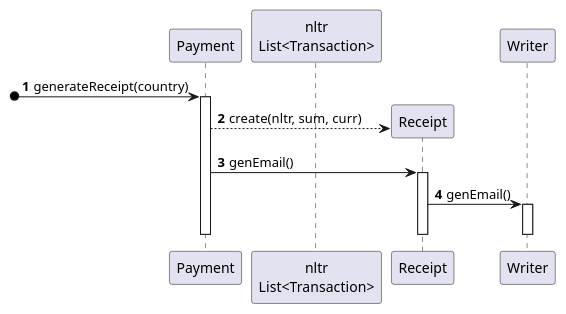
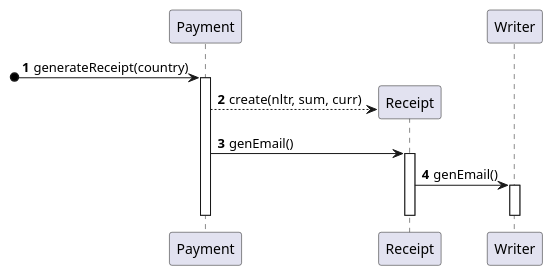
One commit to 1190452/LAPR2 changed the diagram in docs/UC7 - Do Payment Automatically/UC7_SD_GenerateReceipt.puml. Above: the diagram before and after it, drawn with PlantUML. The commit also changed 2 other files, not shown here.

```diff
--- a/docs/UC7 - Do Payment Automatically/UC7_SD_GenerateReceipt.puml
+++ b/docs/UC7 - Do Payment Automatically/UC7_SD_GenerateReceipt.puml
@@ -1,26 +1,26 @@
 @startuml
 autonumber
 
 participant "Payment" as PA
 
-participant "nltr\nList<Transaction>" as NLTR
+
 participant "Receipt" as R
 participant "Writer" as W
 
 [o-> PA : generateReceipt(country)
 activate PA
 
 
 PA --> R** : create(nltr, sum, curr)
 
 PA -> R : genEmail()
 activate R
 R -> W : genEmail()
 activate W
 deactivate W
 deactivate R
 
 
 
 deactivate PA
 @enduml
```
